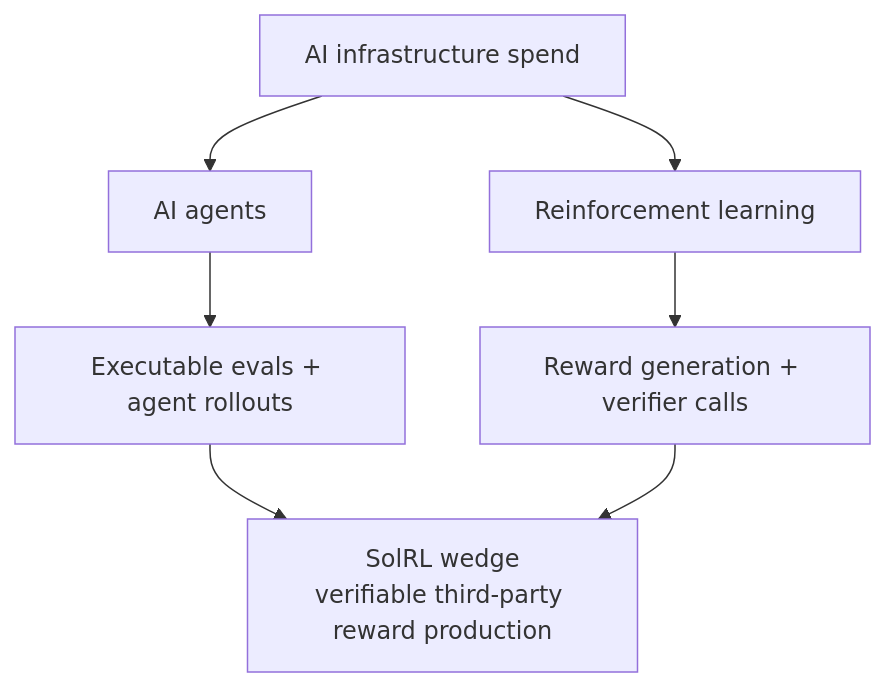
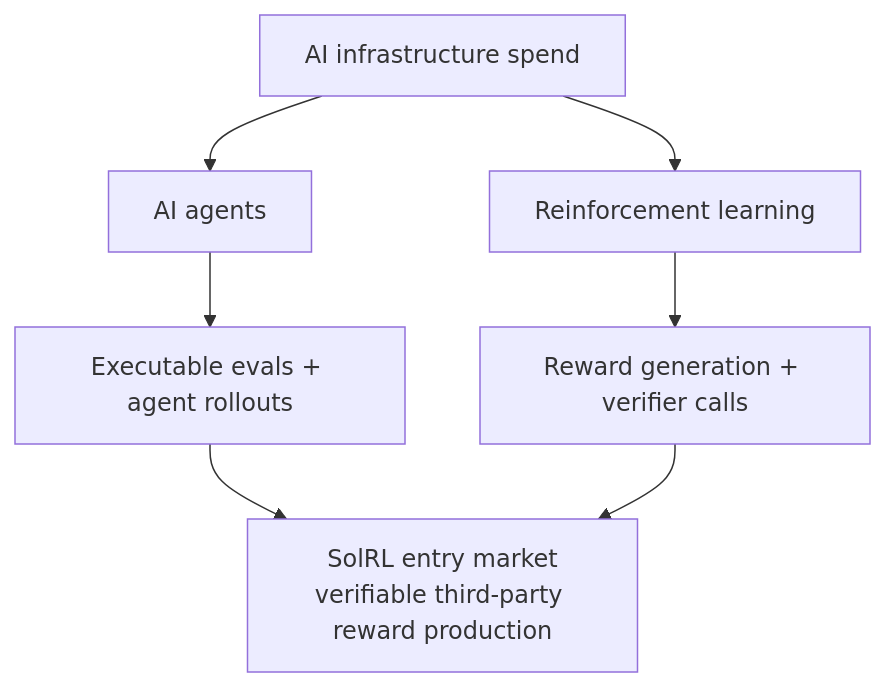
Before and after one commit to arakoodev/SolRL: the sixth of 17 diagrams in why.md, drawn with Mermaid. The commit also changed other lines of this file, not shown here.

Commit message:
Polish SolRL thesis presentation language

````diff
--- a/why.md
+++ b/why.md
@@ -151,9 +151,9 @@
 ```mermaid
 flowchart TB
     AI["AI infrastructure spend"] --> Agents["AI agents"]
     AI --> RL["Reinforcement learning"]
     Agents --> EvalRuns["Executable evals + agent rollouts"]
     RL --> RewardRuns["Reward generation + verifier calls"]
-    EvalRuns --> SolRL["SolRL wedge<br/>verifiable third-party reward production"]
+    EvalRuns --> SolRL["SolRL entry market<br/>verifiable third-party reward production"]
     RewardRuns --> SolRL
 ```
````
